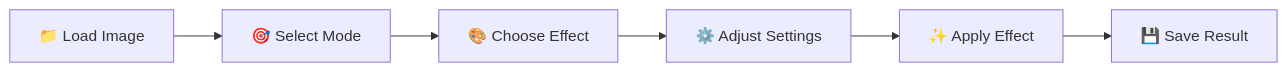
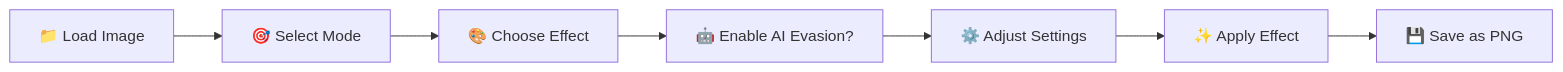
Before and after one commit to kareem2099/DotScramble: the diagram in readme.md, drawn with Mermaid. The commit also changed other lines of this file and 34 other files, not shown here.

````diff
--- a/readme.md
+++ b/readme.md
@@ -146,8 +193,9 @@
 ```mermaid
 graph LR
     A[📁 Load Image] --> B[🎯 Select Mode]
     B --> C[🎨 Choose Effect]
-    C --> D[⚙️ Adjust Settings]
-    D --> E[✨ Apply Effect]
-    E --> F[💾 Save Result]
+    C --> D[🤖 Enable AI Evasion?]
+    D --> E[⚙️ Adjust Settings]
+    E --> F[✨ Apply Effect]
+    F --> G[💾 Save as PNG]
 ```
````
